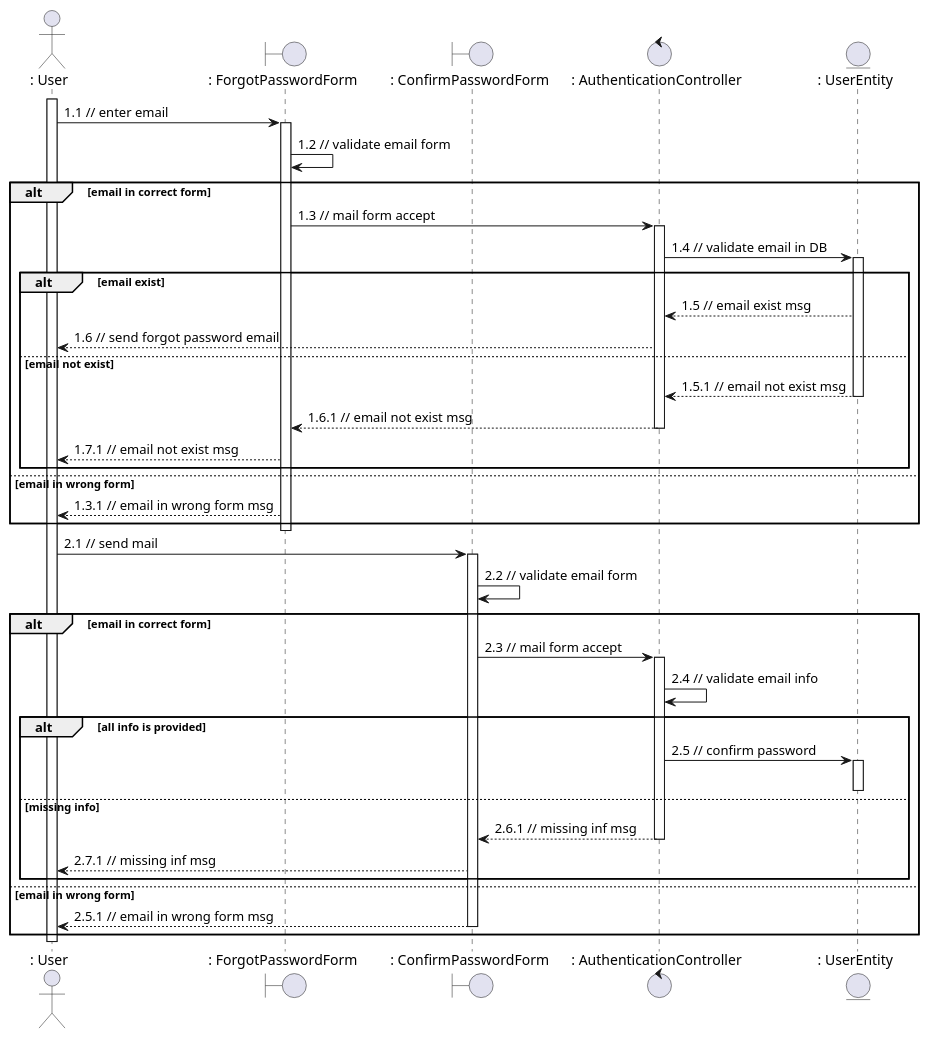
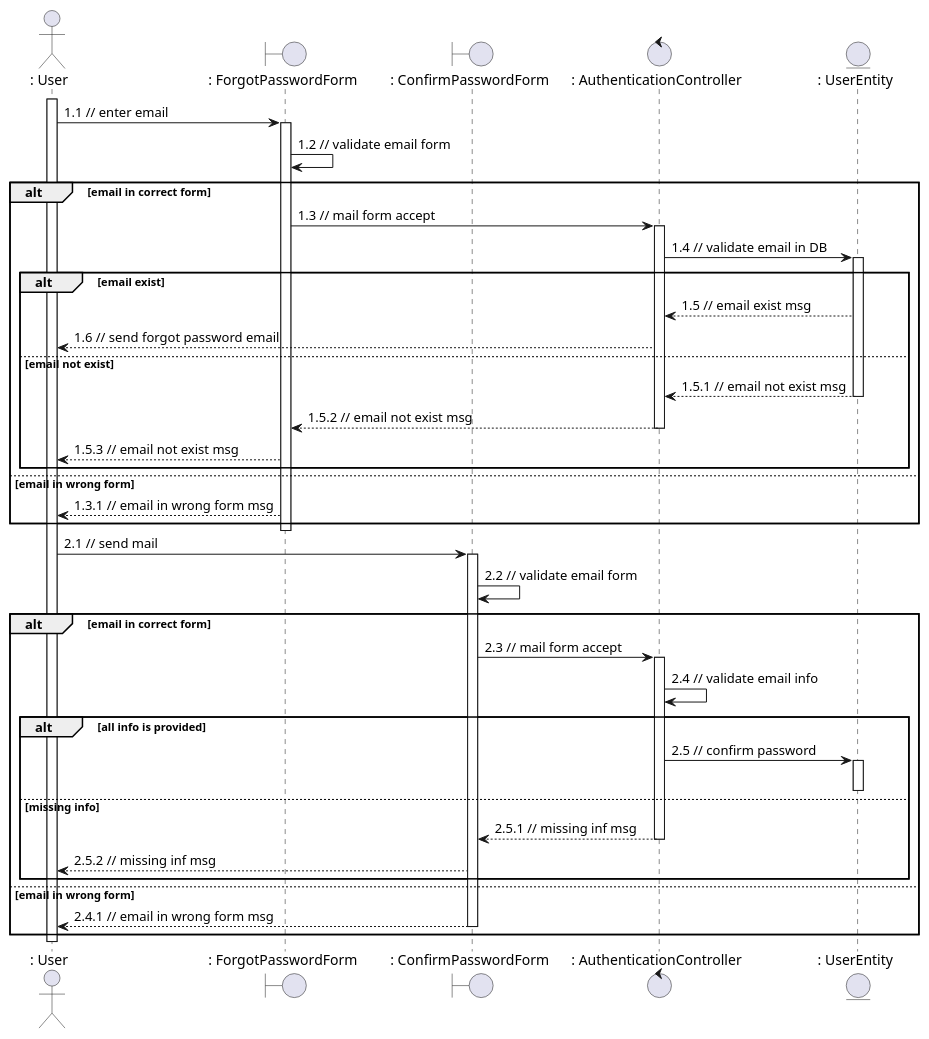
The diagram in sequence - analysis/authentication/forgotPassword.plantuml (anonyhostvn/OOAD-Diagram), drawn with PlantUML before and after one commit. The commit also changed 10 other files, not shown here.

Commit message:
sua loi sequence diagram

```diff
--- a/sequence - analysis/authentication/forgotPassword.plantuml
+++ b/sequence - analysis/authentication/forgotPassword.plantuml
@@ -1,61 +1,61 @@
 @startuml
 actor ": User"
 boundary ": ForgotPasswordForm"
 boundary ": ConfirmPasswordForm"
 control ": AuthenticationController"
 entity ": UserEntity"
 
 activate ": User"
 ": User" -> ": ForgotPasswordForm" : 1.1 // enter email
 activate ": ForgotPasswordForm"
 ": ForgotPasswordForm" -> ": ForgotPasswordForm" : 1.2 // validate email form
 
 alt email in correct form
 
 ": ForgotPasswordForm" -> ": AuthenticationController" : 1.3 // mail form accept
 activate ": AuthenticationController"
 ": AuthenticationController" -> ": UserEntity" : 1.4 // validate email in DB
 activate ": UserEntity"
 
 alt email exist
 ": UserEntity" --> ": AuthenticationController" : 1.5 // email exist msg
 ": AuthenticationController" --> ": User" : 1.6 // send forgot password email
 else email not exist
 
 ": UserEntity" --> ": AuthenticationController" : 1.5.1 // email not exist msg
 deactivate ": UserEntity"
-": AuthenticationController" --> ": ForgotPasswordForm" : 1.6.1 // email not exist msg
+": AuthenticationController" --> ": ForgotPasswordForm" : 1.5.2 // email not exist msg
 deactivate ": AuthenticationController"
-": ForgotPasswordForm" --> ": User" : 1.7.1 // email not exist msg
+": ForgotPasswordForm" --> ": User" : 1.5.3 // email not exist msg
 end
 
 else email in wrong form
 ": ForgotPasswordForm" --> ": User" : 1.3.1 // email in wrong form msg
 
 end
 deactivate ": ForgotPasswordForm"
 ": User" -> ": ConfirmPasswordForm" : 2.1 // send mail
 activate ": ConfirmPasswordForm"
 ": ConfirmPasswordForm" -> ": ConfirmPasswordForm" : 2.2 // validate email form
 
 alt email in correct form
 
 ": ConfirmPasswordForm" -> ": AuthenticationController" : 2.3 // mail form accept
 activate ": AuthenticationController"
 ": AuthenticationController" -> ": AuthenticationController" : 2.4 // validate email info
 
 alt all info is provided
 ": AuthenticationController" -> ": UserEntity" : 2.5 // confirm password
 activate ": UserEntity"
 deactivate ": UserEntity"
 else missing info
-": AuthenticationController" --> ": ConfirmPasswordForm" : 2.6.1 // missing inf msg
+": AuthenticationController" --> ": ConfirmPasswordForm" : 2.5.1 // missing inf msg
 deactivate ": AuthenticationController"
-": ConfirmPasswordForm" --> ": User" : 2.7.1 // missing inf msg
+": ConfirmPasswordForm" --> ": User" : 2.5.2 // missing inf msg
 end
 else email in wrong form
-": ConfirmPasswordForm" --> ": User" : 2.5.1 // email in wrong form msg
+": ConfirmPasswordForm" --> ": User" : 2.4.1 // email in wrong form msg
 deactivate ": ConfirmPasswordForm"
 end
 deactivate ": User"
 @enduml
```
